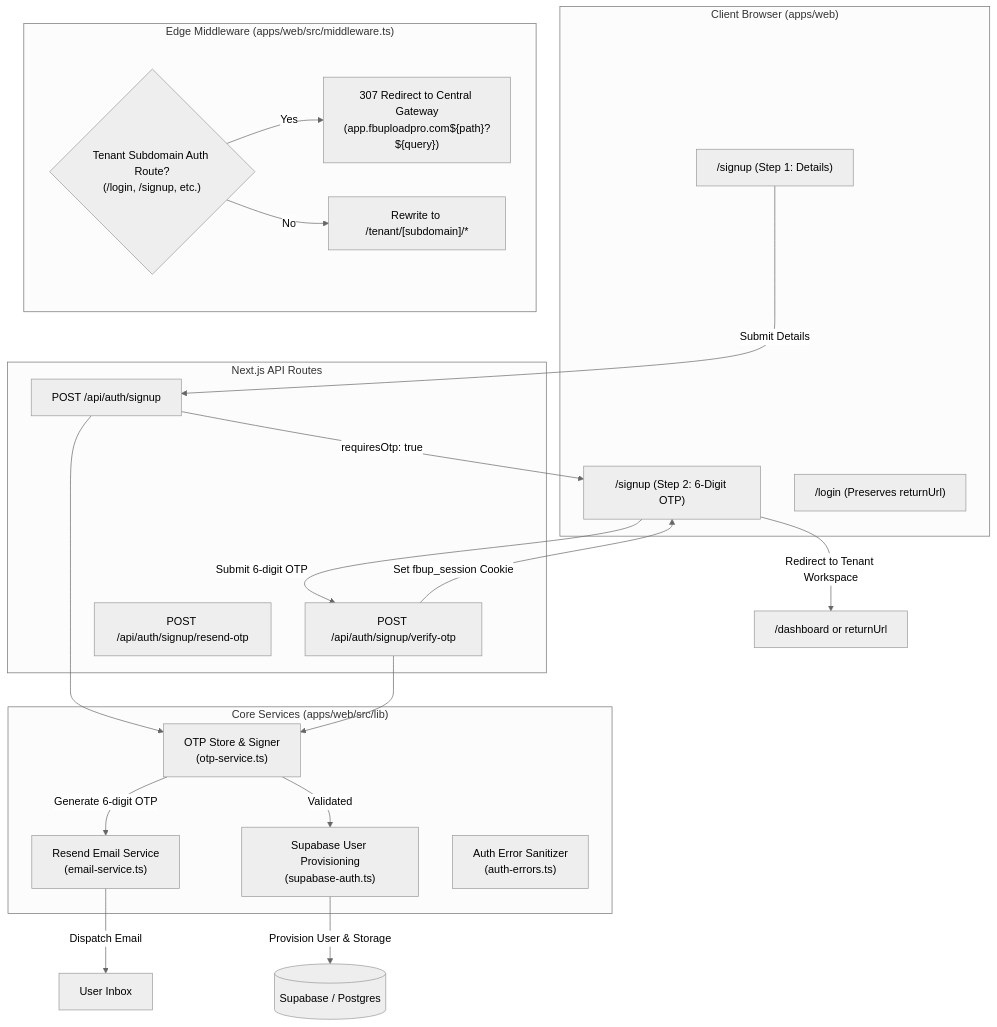
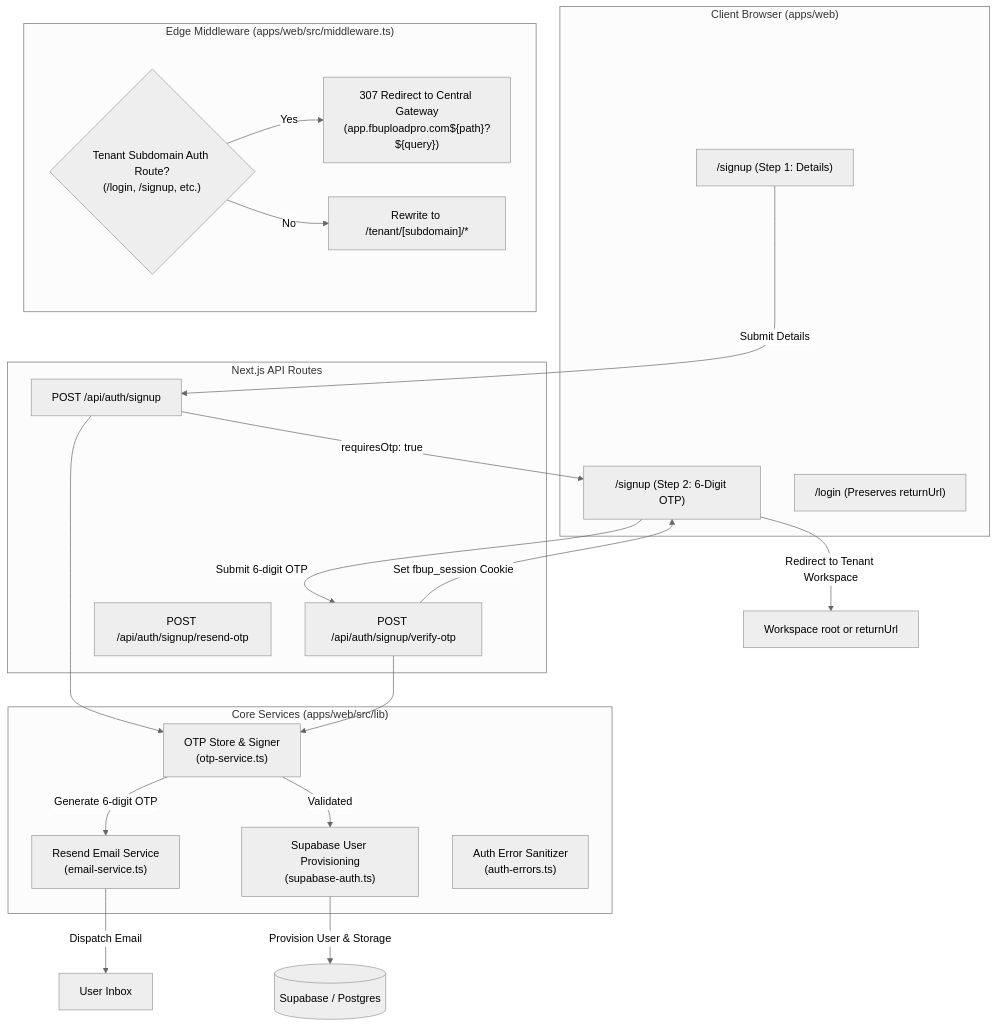
The diagram in specs/013-auth-otp-confirmation-and-subdomain-hardening/plan.md (Velocta/fbuploadpro), drawn with Mermaid (neutral theme) before and after one commit. The commit also changed 36 other files, not shown here.

````diff
--- a/specs/013-auth-otp-confirmation-and-subdomain-hardening/plan.md
+++ b/specs/013-auth-otp-confirmation-and-subdomain-hardening/plan.md
@@ -11,42 +11,42 @@
 ```mermaid
 flowchart TD
     subgraph Client ["Client Browser (apps/web)"]
         SignupForm["/signup (Step 1: Details)"]
         OTPView["/signup (Step 2: 6-Digit OTP)"]
         LoginForm["/login (Preserves returnUrl)"]
     end
 
     subgraph Middleware ["Edge Middleware (apps/web/src/middleware.ts)"]
         TenantAuthReq{"Tenant Subdomain Auth Route?\n(/login, /signup, etc.)"}
         RedirectGateway["307 Redirect to Central Gateway\n(app.fbuploadpro.com${path}?${query})"]
         TenantWorkspace["Rewrite to /tenant/[subdomain]/*"]
     end
 
     subgraph APIRoutes ["Next.js API Routes"]
         SignupAPI["POST /api/auth/signup"]
         VerifyOTPAPI["POST /api/auth/signup/verify-otp"]
         ResendOTPAPI["POST /api/auth/signup/resend-otp"]
     end
 
     subgraph Services ["Core Services (apps/web/src/lib)"]
         OTPStore["OTP Store & Signer\n(otp-service.ts)"]
         ResendEmail["Resend Email Service\n(email-service.ts)"]
         SupabaseAuth["Supabase User Provisioning\n(supabase-auth.ts)"]
         Sanitizer["Auth Error Sanitizer\n(auth-errors.ts)"]
     end
 
     SignupForm -->|Submit Details| SignupAPI
     SignupAPI --> OTPStore
     OTPStore -->|Generate 6-digit OTP| ResendEmail
     ResendEmail -->|Dispatch Email| Inbox[User Inbox]
     SignupAPI -->|requiresOtp: true| OTPView
     OTPView -->|Submit 6-digit OTP| VerifyOTPAPI
     VerifyOTPAPI --> OTPStore
     OTPStore -->|Validated| SupabaseAuth
     SupabaseAuth -->|Provision User & Storage| DB[(Supabase / Postgres)]
     VerifyOTPAPI -->|Set fbup_session Cookie| OTPView
-    OTPView -->|Redirect to Tenant Workspace| Dashboard["/dashboard or returnUrl"]
+    OTPView -->|Redirect to Tenant Workspace| WorkspaceRoot["Workspace root or returnUrl"]
 
     TenantAuthReq -->|Yes| RedirectGateway
     TenantAuthReq -->|No| TenantWorkspace
 ```
````
